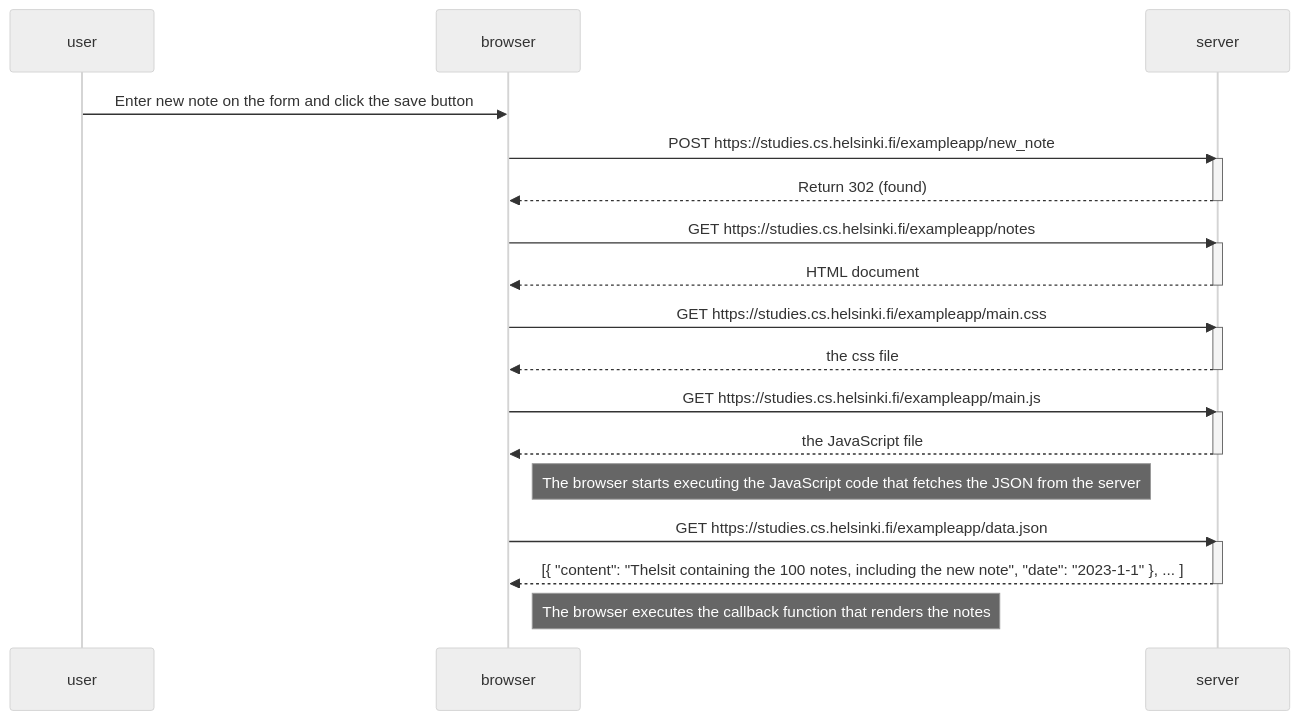
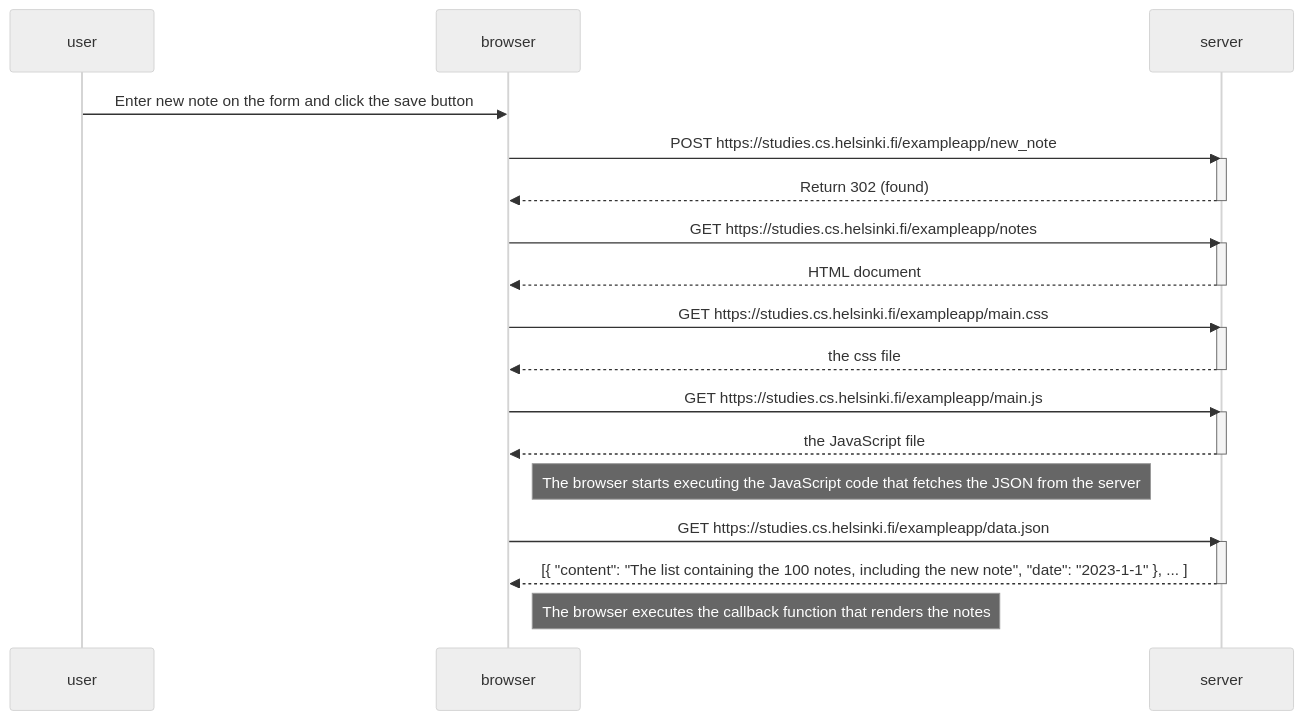
Before and after one commit to cugel-clever/full-stack-open: the diagram in 0.4_new-note-diagram.md, drawn with Mermaid (neutral theme). The commit also changed 1 other file, not shown here.

Commit message:
Add exercise 0.5 Single page app diagram, edit 0.4

````diff
--- a/0.4_new-note-diagram.md
+++ b/0.4_new-note-diagram.md
@@ -1,35 +1,36 @@
 ```mermaid
 sequenceDiagram
     participant user
     participant browser
+    participant server
 
     user->>browser: Enter new note on the form and click the save button
     browser->>server: POST https://studies.cs.helsinki.fi/exampleapp/new_note
     activate server
     server-->>browser: Return 302 (found)
     deactivate server
 
     browser->>server: GET https://studies.cs.helsinki.fi/exampleapp/notes
     activate server
     server-->>browser: HTML document
     deactivate server
 
     browser->>server: GET https://studies.cs.helsinki.fi/exampleapp/main.css
     activate server
     server-->>browser: the css file
     deactivate server
 
     browser->>server: GET https://studies.cs.helsinki.fi/exampleapp/main.js
     activate server
     server-->>browser: the JavaScript file
     deactivate server
 
     Note right of browser: The browser starts executing the JavaScript code that fetches the JSON from the server
 
     browser->>server: GET https://studies.cs.helsinki.fi/exampleapp/data.json
     activate server
-    server-->>browser: [{ "content": "Thelsit containing the 100 notes, including the new note", "date": "2023-1-1" }, ... ]
+    server-->>browser: [{ "content": "The list containing the 100 notes, including the new note", "date": "2023-1-1" }, ... ]
     deactivate server
 
     Note right of browser: The browser executes the callback function that renders the notes
 ```
````
